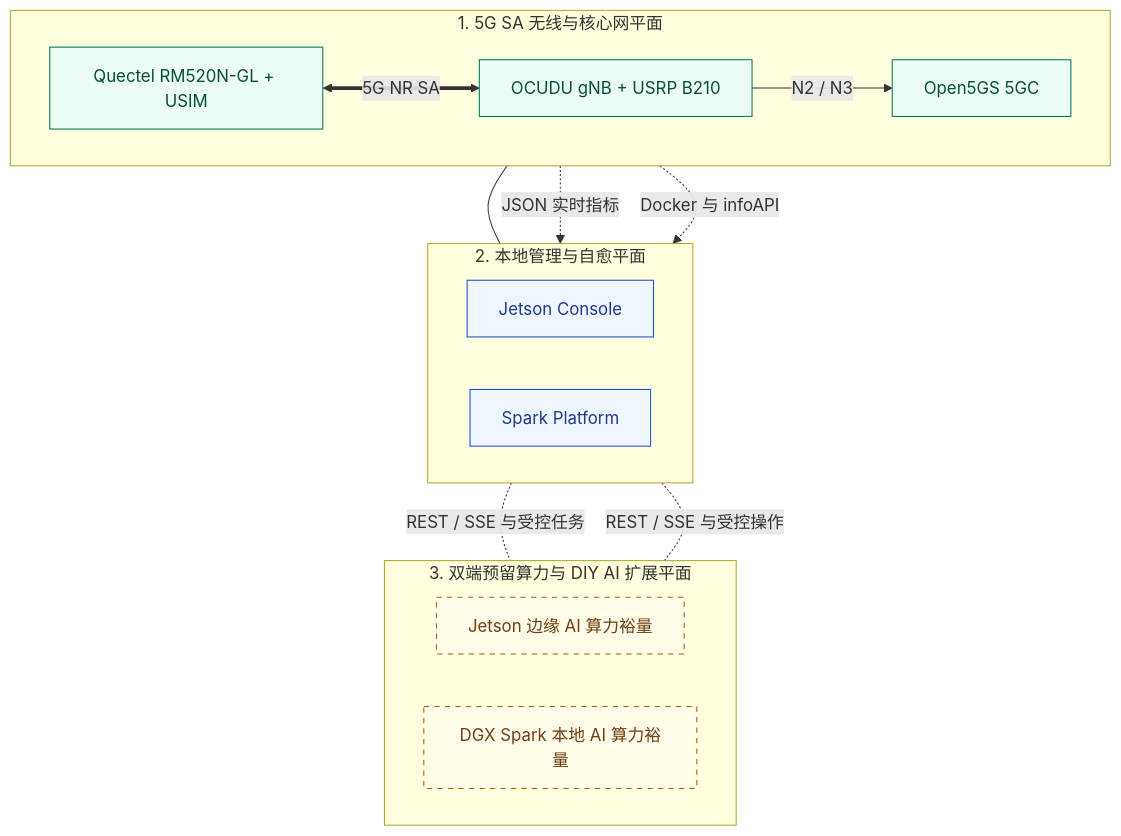
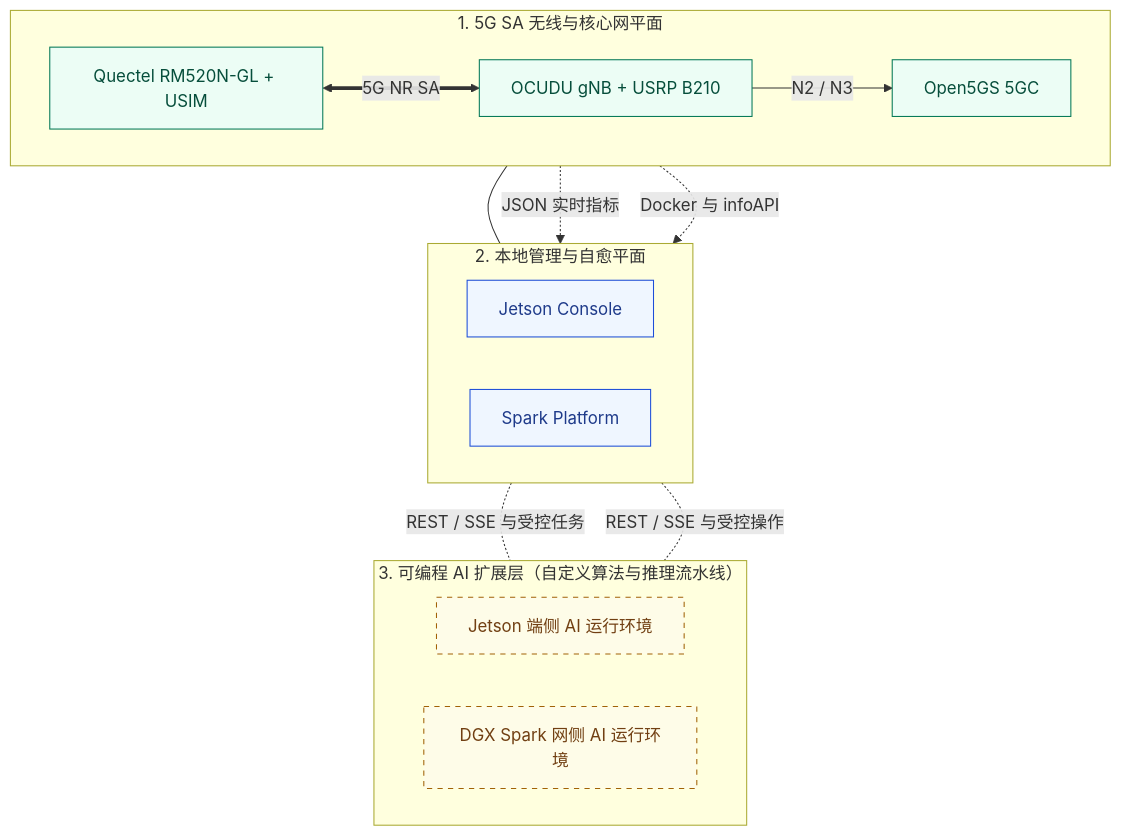
Before and after one commit to HKUOpenSource/OpenAirKit: the diagram in docs/architecture.zh-CN.md, drawn with Mermaid. The commit also changed other lines of this file and 40 other files, not shown here.

````diff
--- a/docs/architecture.zh-CN.md
+++ b/docs/architecture.zh-CN.md
@@ -19,33 +19,33 @@
 ```mermaid
 flowchart TB
   classDef stack fill:#ecfdf5,stroke:#047857,color:#064e3b
   classDef mgmt fill:#eff6ff,stroke:#1d4ed8,color:#1e3a8a
   classDef ai fill:#fefce8,stroke:#a16207,stroke-dasharray:5 5,color:#713f12
 
-  subgraph AI["3. 双端预留算力与 DIY AI 扩展平面"]
+  subgraph AI["3. 可编程 AI 扩展层（自定义算法与推理流水线）"]
     direction LR
-    JAI["Jetson 边缘 AI 算力裕量"]:::ai
-    SAI["DGX Spark 本地 AI 算力裕量"]:::ai
+    JAI["Jetson 端侧 AI 运行环境"]:::ai
+    SAI["DGX Spark 网侧 AI 运行环境"]:::ai
   end
 
   subgraph MGMT["2. 本地管理与自愈平面"]
     direction LR
     JC["Jetson Console"]:::mgmt
     SP["Spark Platform"]:::mgmt
   end
 
   subgraph STACK["1. 5G SA 无线与核心网平面"]
     direction LR
     RM["Quectel RM520N-GL + USIM"]:::stack
     GNB["OCUDU gNB + USRP B210"]:::stack
     CORE["Open5GS 5GC"]:::stack
     RM <== "5G NR SA" ==> GNB
     GNB -- "N2 / N3" --> CORE
   end
 
   RM --- JC
   GNB -. "JSON 实时指标" .-> SP
   CORE -. "Docker 与 infoAPI" .-> SP
   JC -. "REST / SSE 与受控任务" .- JAI
   SP -. "REST / SSE 与受控操作" .- SAI
 ```
````
